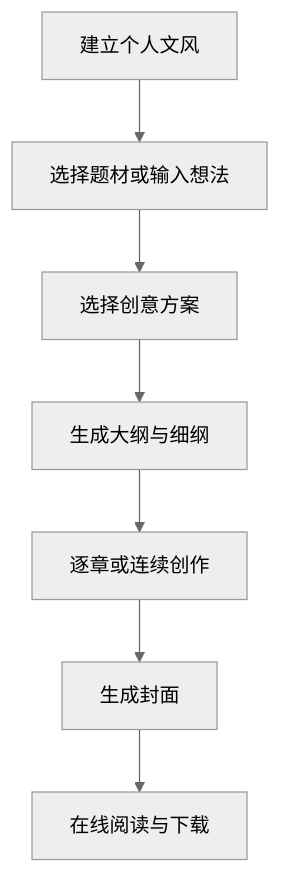
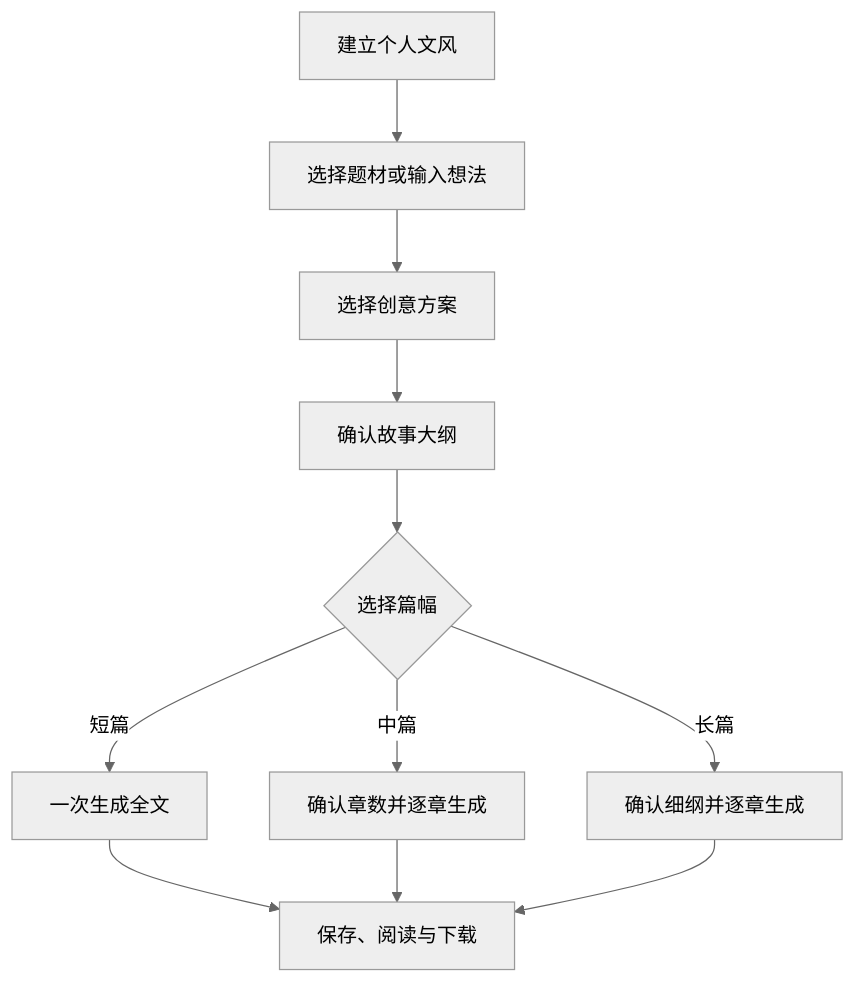
Before and after one commit to yf990848-droid/Eidolon: the diagram in docs/PROJECT_CONTEXT.md, drawn with Mermaid (neutral theme). The commit also changed other lines of this file and 2 other files, not shown here.

````diff
--- a/docs/PROJECT_CONTEXT.md
+++ b/docs/PROJECT_CONTEXT.md
@@ -23,9 +23,13 @@
 ```mermaid
 flowchart TD
     A["建立个人文风"] --> B["选择题材或输入想法"]
     B --> C["选择创意方案"]
-    C --> D["生成大纲与细纲"]
-    D --> E["逐章或连续创作"]
-    E --> F["生成封面"]
-    F --> G["在线阅读与下载"]
+    C --> D["确认故事大纲"]
+    D --> E{"选择篇幅"}
+    E -->|短篇| F["一次生成全文"]
+    E -->|中篇| G["确认章数并逐章生成"]
+    E -->|长篇| H["确认细纲并逐章生成"]
+    F --> I["保存、阅读与下载"]
+    G --> I
+    H --> I
 ```
````
